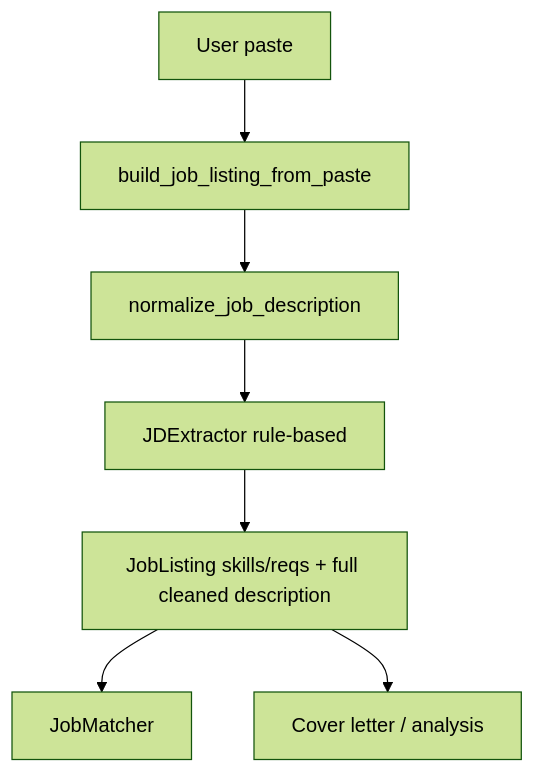
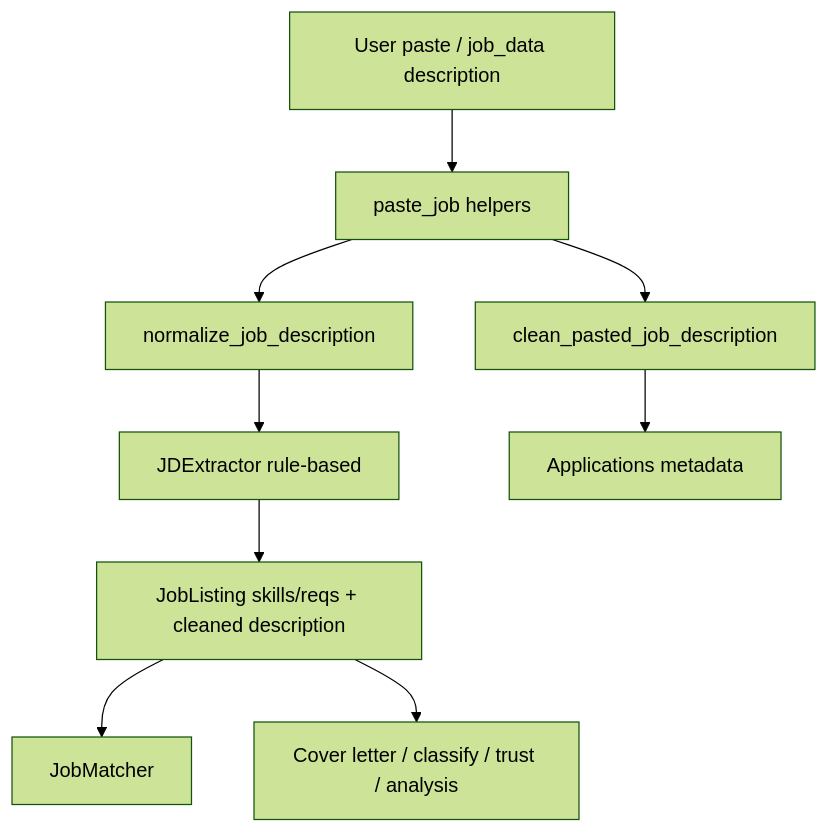
Before and after one commit to neoncircuit/job-raider: the seventh of 15 diagrams in docs/architecture.md, drawn with Mermaid (forest theme). The commit also changed other lines of this file and 9 other files, not shown here.

````diff
--- a/docs/architecture.md
+++ b/docs/architecture.md
@@ -301,9 +311,11 @@
 ```mermaid
 flowchart TD
-  Paste["User paste"] --> Helper["build_job_listing_from_paste"]
+  Paste["User paste / job_data description"] --> Helper["paste_job helpers"]
   Helper --> Norm["normalize_job_description"]
   Norm --> Rules["JDExtractor rule-based"]
-  Rules --> Listing["JobListing skills/reqs + full cleaned description"]
+  Rules --> Listing["JobListing skills/reqs + cleaned description"]
   Listing --> Matcher["JobMatcher"]
-  Listing --> Writer["Cover letter / analysis"]
+  Listing --> Writer["Cover letter / classify / trust / analysis"]
+  Helper --> Meta["clean_pasted_job_description"]
+  Meta --> Apps["Applications metadata"]
 ```
````
